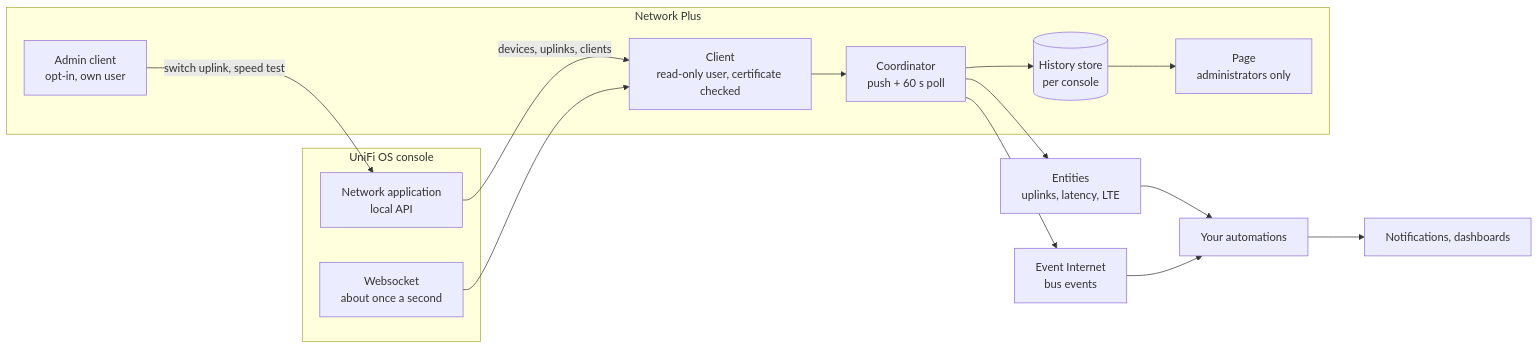
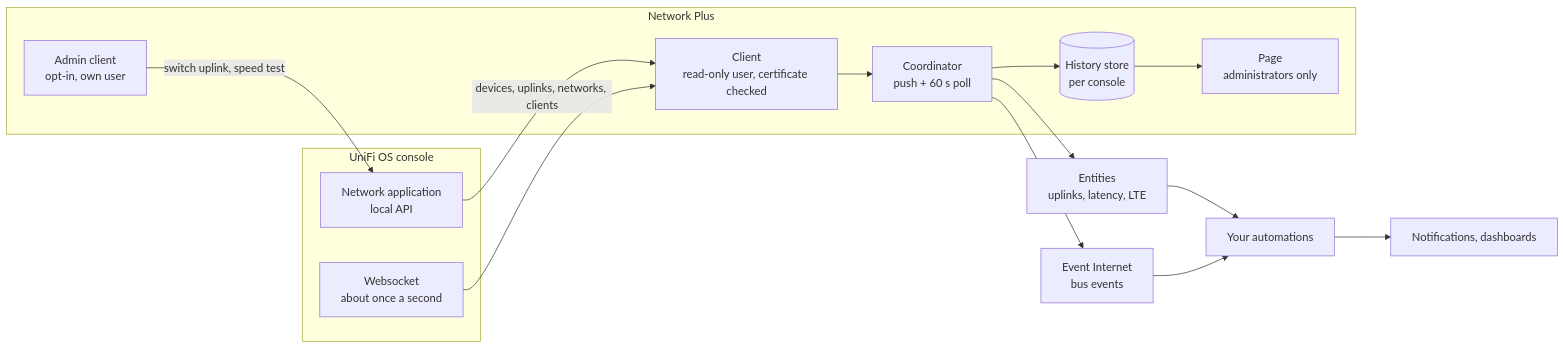
Before and after one commit to n-schilling/ha-network-plus: the first of 3 diagrams in README.md, drawn with Mermaid. The commit also changed other lines of this file and 22 other files, not shown here.

````diff
--- a/README.md
+++ b/README.md
@@ -41,25 +41,25 @@
 ```mermaid
 flowchart LR
     subgraph console["UniFi OS console"]
         api["Network application<br/>local API"]
         wss["Websocket<br/>about once a second"]
     end
     subgraph np["Network Plus"]
         client["Client<br/>read-only user, certificate checked"]
         admin["Admin client<br/>opt-in, own user"]
         coordinator["Coordinator<br/>push + 60 s poll"]
         history[("History store<br/>per console")]
         page["Page<br/>administrators only"]
     end
-    api -->|"devices, uplinks, clients"| client
+    api -->|"devices, uplinks, networks, clients"| client
     wss --> client
     client --> coordinator
     coordinator --> history
     coordinator --> entities["Entities<br/>uplinks, latency, LTE"]
     coordinator --> events["Event Internet<br/>bus events"]
     history --> page
     admin -->|"switch uplink, speed test"| api
     entities --> automations["Your automations"]
     events --> automations
     automations --> notify["Notifications, dashboards"]
 ```
````
